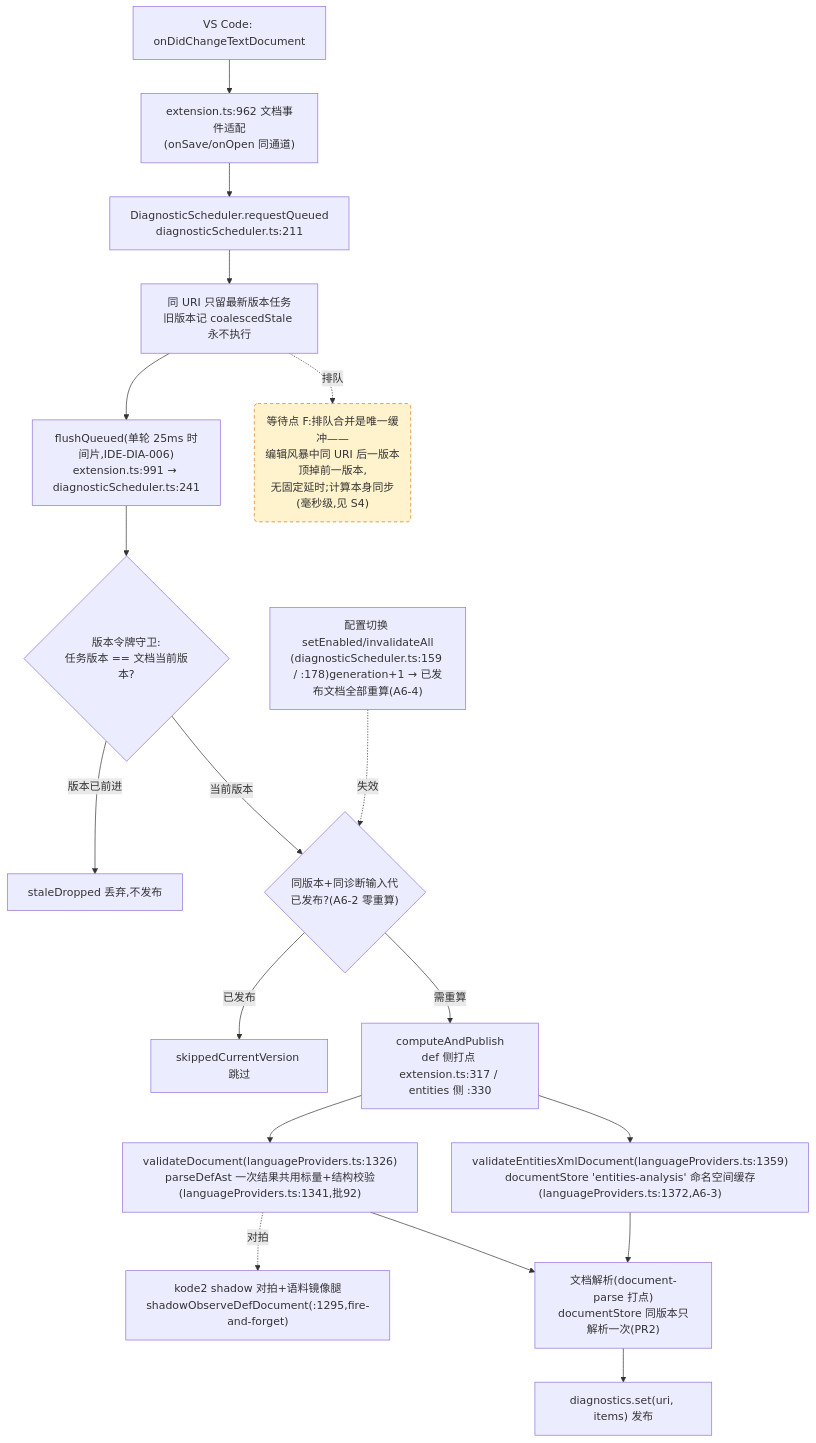
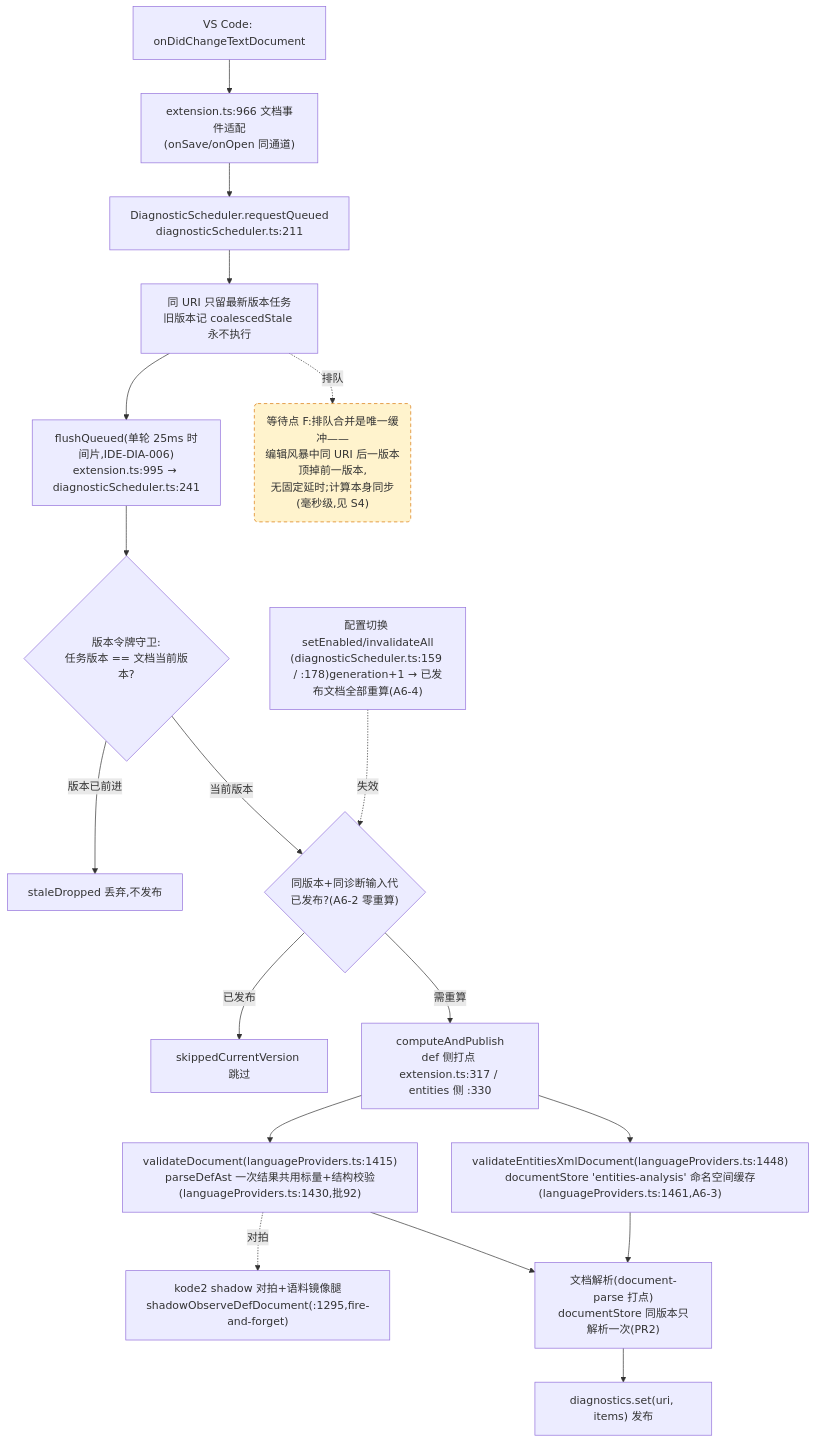
The fourth of 4 diagrams in docs/perf/2026-baseline.md (cuihairu/kode), drawn with Mermaid before and after one commit. The commit also changed other lines of this file and 4 other files, not shown here.

````diff
--- a/docs/perf/2026-baseline.md
+++ b/docs/perf/2026-baseline.md
@@ -214,38 +214,38 @@
 ```mermaid
 flowchart TD
   CHG["VS Code: onDidChangeTextDocument"]
-  WATCH["extension.ts:962 文档事件适配<br/>(onSave/onOpen 同通道)"]
+  WATCH["extension.ts:966 文档事件适配<br/>(onSave/onOpen 同通道)"]
   RQ["DiagnosticScheduler.requestQueued<br/>diagnosticScheduler.ts:211"]
   CO["同 URI 只留最新版本任务<br/>旧版本记 coalescedStale 永不执行"]
-  FL["flushQueued(单轮 25ms 时间片,IDE-DIA-006)<br/>extension.ts:991 → diagnosticScheduler.ts:241"]
+  FL["flushQueued(单轮 25ms 时间片,IDE-DIA-006)<br/>extension.ts:995 → diagnosticScheduler.ts:241"]
   VG{"版本令牌守卫:<br/>任务版本 == 文档当前版本?"}
   DROP["staleDropped 丢弃,不发布"]
   GEN{"同版本+同诊断输入代<br/>已发布?(A6-2 零重算)"}
   SKIP["skippedCurrentVersion 跳过"]
   CALC["computeAndPublish<br/>def 侧打点 extension.ts:317 / entities 侧 :330"]
-  VD["validateDocument(languageProviders.ts:1326)<br/>parseDefAst 一次结果共用标量+结构校验(languageProviders.ts:1341,批92)"]
-  VEX["validateEntitiesXmlDocument(languageProviders.ts:1359)<br/>documentStore 'entities-analysis' 命名空间缓存(languageProviders.ts:1372,A6-3)"]
+  VD["validateDocument(languageProviders.ts:1415)<br/>parseDefAst 一次结果共用标量+结构校验(languageProviders.ts:1430,批92)"]
+  VEX["validateEntitiesXmlDocument(languageProviders.ts:1448)<br/>documentStore 'entities-analysis' 命名空间缓存(languageProviders.ts:1461,A6-3)"]
   SHDD["kode2 shadow 对拍+语料镜像腿<br/>shadowObserveDefDocument(:1295,fire-and-forget)"]
   DS["文档解析(document-parse 打点)<br/>documentStore 同版本只解析一次(PR2)"]
   PUB["diagnostics.set(uri, items) 发布"]
   CFG2["配置切换 setEnabled/invalidateAll<br/>(diagnosticScheduler.ts:159 / :178)generation+1 → 已发布文档全部重算(A6-4)"]
 
   CHG --> WATCH --> RQ --> CO --> FL --> VG
   VG -- "版本已前进" --> DROP
   VG -- "当前版本" --> GEN
   GEN -- "已发布" --> SKIP
   GEN -- "需重算" --> CALC
   CALC --> VD
   CALC --> VEX
   VD --> DS
   VEX --> DS
   DS --> PUB
   VD -.->|对拍| SHDD
   CFG2 -.->|失效| GEN
 
   WAITF("等待点 F:排队合并是唯一缓冲——<br/>编辑风暴中同 URI 后一版本顶掉前一版本,<br/>无固定延时;计算本身同步(毫秒级,见 S4)")
   CO -.->|排队| WAITF
 
   classDef waitPoint fill:#fff3cd,stroke:#d97706,stroke-dasharray:5 4;
   class WAITF waitPoint;
 ```
````
